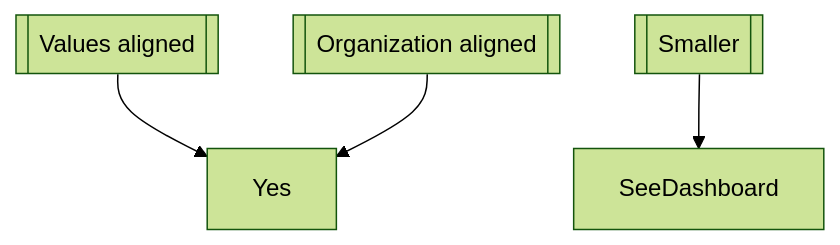
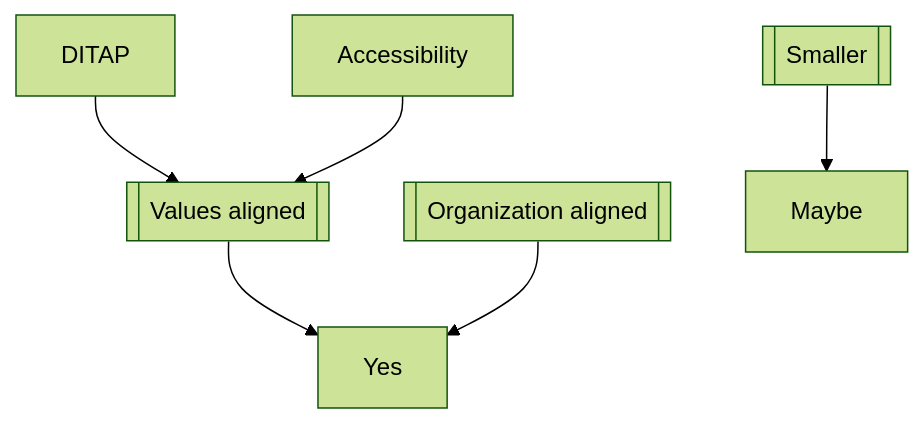
Before and after one commit to mgifford/mermaid-graphs: the second of 2 diagrams in impact.md, drawn with Mermaid (forest theme).

````diff
--- a/impact.md
+++ b/impact.md
@@ -26,6 +26,8 @@
 ```mermaid
 graph TD
+   DITAP-->Tier1;
+   Accessibility-->Tier1;
    Tier1[[Values aligned]]-->Yes;
    Tier2[[Organization aligned]]-->Yes
-   Tier3[[Smaller]]-->SeeDashboard
+   Tier3[[Smaller]]-->Maybe
 ```
````
